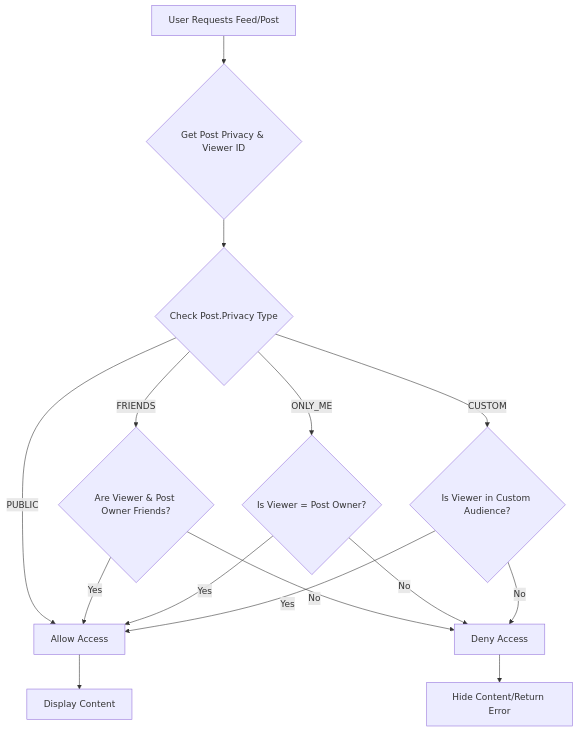
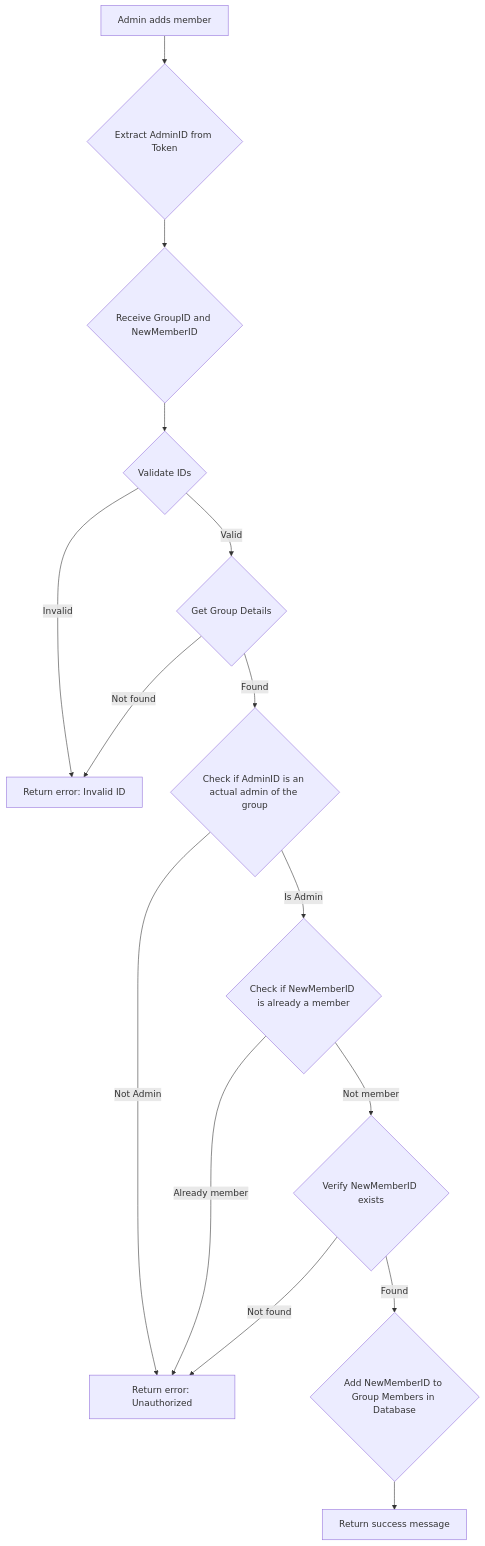
One commit to MuhibNayem/messaging-app changed diagram 11 of 26 in docs/business_logic.md. Above: the diagram before and after it, drawn with Mermaid. The commit also changed other lines of this file and 18 other files, not shown here.

````diff
--- a/docs/business_logic.md
+++ b/docs/business_logic.md
@@ -442,17 +258,17 @@
 ```mermaid
 graph TD
-    A[User Requests Feed/Post] --> B{Get Post Privacy & Viewer ID}
-    B --> C{Check Post.Privacy Type}
-    C -- PUBLIC --> D[Allow Access]
-    C -- FRIENDS --> E{Are Viewer & Post Owner Friends?}
-    E -- Yes --> D
-    E -- No --> F[Deny Access]
-    C -- ONLY_ME --> G{Is Viewer = Post Owner?}
-    G -- Yes --> D
-    G -- No --> F
-    C -- CUSTOM --> H{Is Viewer in Custom Audience?}
-    H -- Yes --> D
-    H -- No --> F
-    D --> I[Display Content]
-    F --> J[Hide Content/Return Error]
+    A[Admin adds member] --> B{Extract AdminID from Token};
+    B --> C{Receive GroupID and NewMemberID};
+    C --> D{Validate IDs};
+    D -- Invalid --> E[Return error: Invalid ID];
+    D -- Valid --> F{Get Group Details};
+    F -- Not found --> E;
+    F -- Found --> G{Check if AdminID is an actual admin of the group};
+    G -- Not Admin --> H[Return error: Unauthorized];
+    G -- Is Admin --> I{Check if NewMemberID is already a member};
+    I -- Already member --> H;
+    I -- Not member --> J{Verify NewMemberID exists};
+    J -- Not found --> H;
+    J -- Found --> K{Add NewMemberID to Group Members in Database};
+    K --> L[Return success message];
 ```
````
